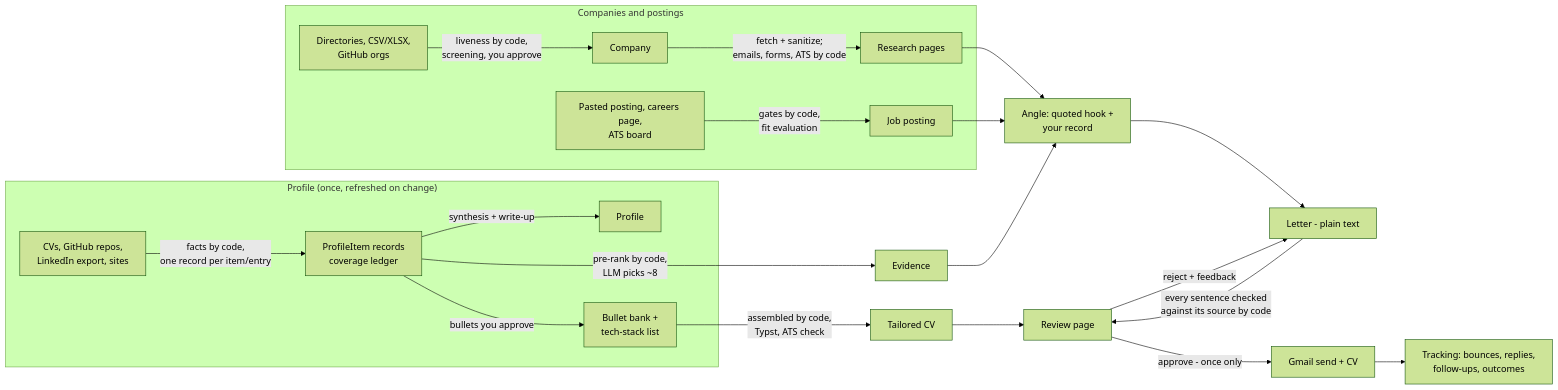
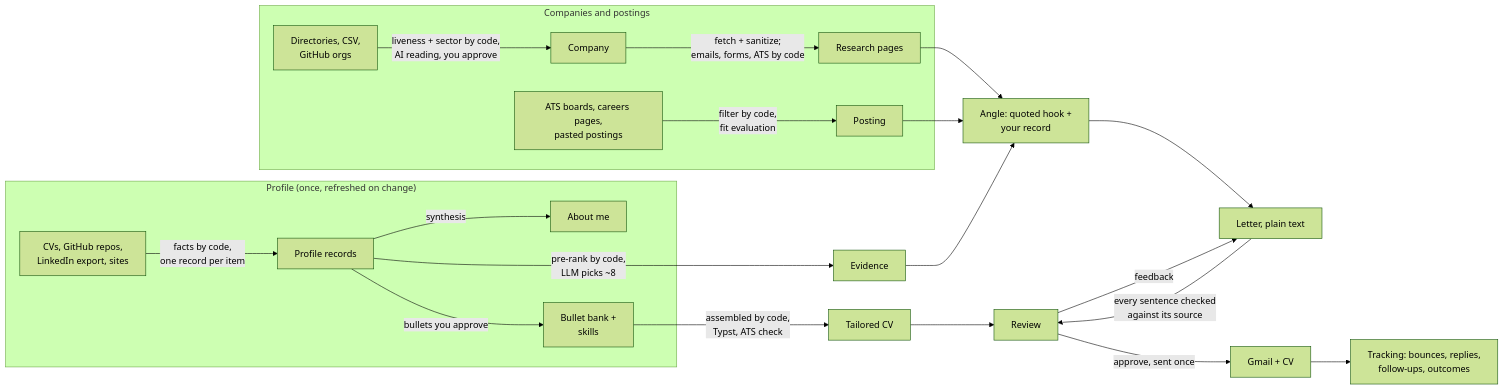
The diagram in README.md (hkln4/job-outreach-assistant), drawn with Mermaid (forest theme) before and after one commit. The commit also changed other lines of this file and 10 other files, not shown here.

````diff
--- a/README.md
+++ b/README.md
@@ -20,24 +172,24 @@
 ```mermaid
 flowchart LR
     subgraph Profile["Profile (once, refreshed on change)"]
-        S[CVs, GitHub repos,<br/>LinkedIn export, sites] -->|facts by code,<br/>one record per item/entry| I[ProfileItem records<br/>coverage ledger]
-        I -->|synthesis + write-up| P[Profile]
-        I -->|bullets you approve| B[Bullet bank +<br/>tech-stack list]
+        S[CVs, GitHub repos,<br/>LinkedIn export, sites] -->|facts by code,<br/>one record per item| I[Profile records]
+        I -->|synthesis| P[About me]
+        I -->|bullets you approve| B[Bullet bank +<br/>skills]
     end
     subgraph Targets["Companies and postings"]
-        X[Directories, CSV/XLSX,<br/>GitHub orgs] -->|liveness by code,<br/>screening, you approve| W[Company]
-        J[Pasted posting, careers page,<br/>ATS board] -->|gates by code,<br/>fit evaluation| Q[Job posting]
+        X[Directories, CSV,<br/>GitHub orgs] -->|liveness + sector by code,<br/>AI reading, you approve| W[Company]
+        J[ATS boards, careers pages,<br/>pasted postings] -->|filter by code,<br/>fit evaluation| Q[Posting]
         W -->|fetch + sanitize;<br/>emails, forms, ATS by code| R[Research pages]
     end
     I -->|pre-rank by code,<br/>LLM picks ~8| E[Evidence]
     R --> A[Angle: quoted hook +<br/>your record]
     Q --> A
     E --> A
-    A --> L[Letter - plain text]
-    L -->|every sentence checked<br/>against its source by code| V[Review page]
+    A --> L[Letter, plain text]
+    L -->|every sentence checked<br/>against its source| V[Review]
     B -->|assembled by code,<br/>Typst, ATS check| C[Tailored CV]
     C --> V
-    V -->|reject + feedback| L
-    V -->|approve - once only| G[Gmail send + CV]
+    V -->|feedback| L
+    V -->|approve, sent once| G[Gmail + CV]
     G --> T[Tracking: bounces, replies,<br/>follow-ups, outcomes]
 ```
````
